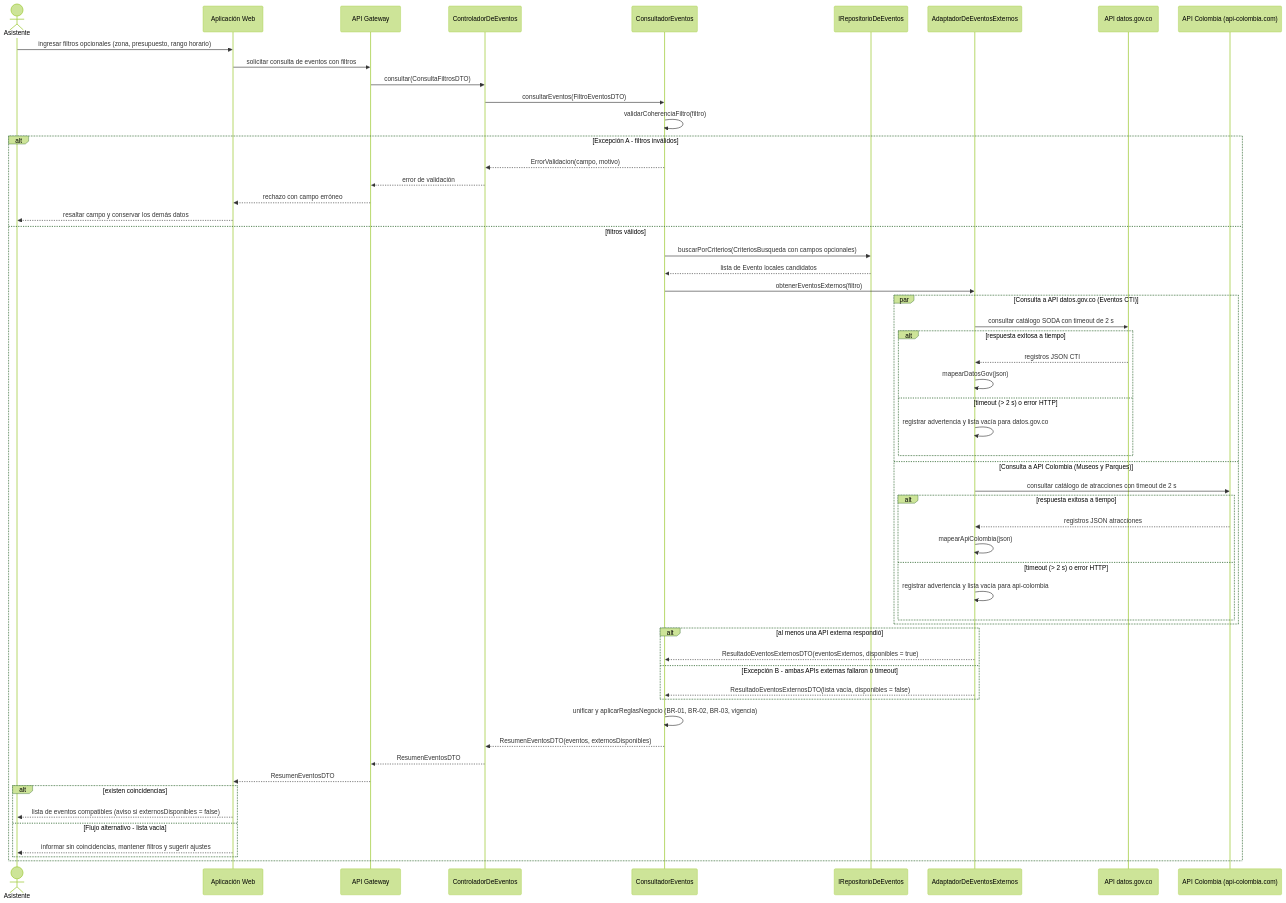
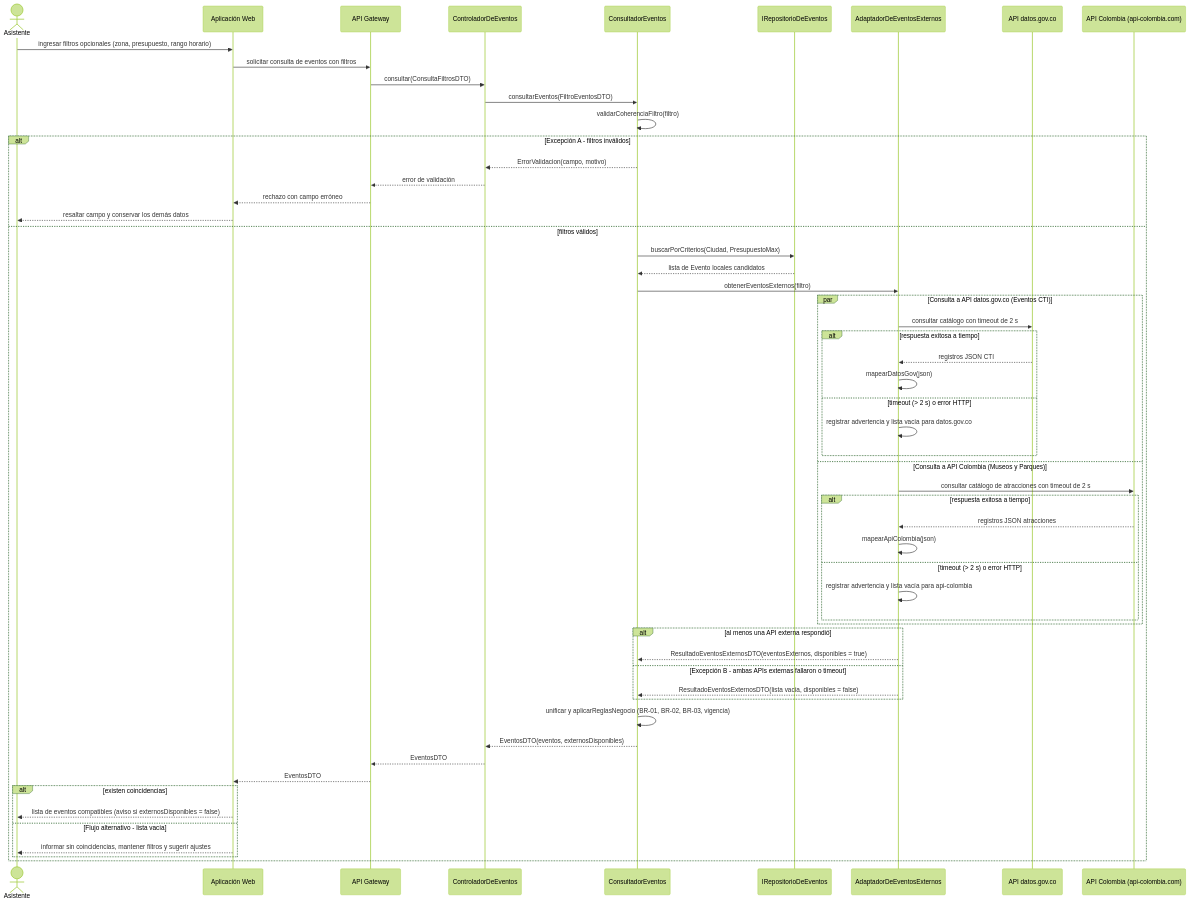
Before and after one commit to ProyectPlanning/Sistema_de_eventos: the first of 3 diagrams in Docs/Design/02_Interaction_and_Data_Design - copia.md, drawn with Mermaid (forest theme).

Commit message:
Cambios en diagrama secuencial
- [x]  Argumentos de buscarPorCriterios: buscarPorCriterios(ciudad: String, presupuestoMax: Float) : List<Evento>
- [x]  Quitar SODA en API gov.co
- [x]  Corregir ResumenEventosDTO a EventosDTO

````diff
--- a/Docs/Design/02_Interaction_and_Data_Design - copia.md
+++ b/Docs/Design/02_Interaction_and_Data_Design - copia.md
@@ -30,63 +30,63 @@
 ```mermaid
 sequenceDiagram
     actor U as Asistente
     participant WEB as Aplicación Web
     participant GW as API Gateway
     participant CE as ControladorDeEventos
     participant CO as ConsultadorEventos
     participant REP as IRepositorioDeEventos
     participant EXT as AdaptadorDeEventosExternos
     participant GOV as API datos.gov.co
     participant COL as API Colombia (api-colombia.com)
 
     U->>WEB: ingresar filtros opcionales (zona, presupuesto, rango horario)
     WEB->>GW: solicitar consulta de eventos con filtros
     GW->>CE: consultar(ConsultaFiltrosDTO)
     CE->>CO: consultarEventos(FiltroEventosDTO)
     CO->>CO: validarCoherenciaFiltro(filtro)
 
     alt Excepción A - filtros inválidos
         CO-->>CE: ErrorValidacion(campo, motivo)
         CE-->>GW: error de validación
         GW-->>WEB: rechazo con campo erróneo
         WEB-->>U: resaltar campo y conservar los demás datos
     else filtros válidos
-        CO->>REP: buscarPorCriterios(CriteriosBusqueda con campos opcionales)
+        CO->>REP: buscarPorCriterios(Ciudad, PresupuestoMax)
         REP-->>CO: lista de Evento locales candidatos
         CO->>EXT: obtenerEventosExternos(filtro)
 
         par Consulta a API datos.gov.co (Eventos CTI)
-            EXT->>GOV: consultar catálogo SODA con timeout de 2 s
+            EXT->>GOV: consultar catálogo con timeout de 2 s
             alt respuesta exitosa a tiempo
                 GOV-->>EXT: registros JSON CTI
                 EXT->>EXT: mapearDatosGov(json)
             else timeout (> 2 s) o error HTTP
                 EXT->>EXT: registrar advertencia y lista vacía para datos.gov.co
             end
         and Consulta a API Colombia (Museos y Parques)
             EXT->>COL: consultar catálogo de atracciones con timeout de 2 s
             alt respuesta exitosa a tiempo
                 COL-->>EXT: registros JSON atracciones
                 EXT->>EXT: mapearApiColombia(json)
             else timeout (> 2 s) o error HTTP
                 EXT->>EXT: registrar advertencia y lista vacía para api-colombia
             end
         end
 
         alt al menos una API externa respondió
             EXT-->>CO: ResultadoEventosExternosDTO(eventosExternos, disponibles = true)
         else Excepción B - ambas APIs externas fallaron o timeout
             EXT-->>CO: ResultadoEventosExternosDTO(lista vacía, disponibles = false)
         end
 
         CO->>CO: unificar y aplicarReglasNegocio (BR-01, BR-02, BR-03, vigencia)
-        CO-->>CE: ResumenEventosDTO(eventos, externosDisponibles)
-        CE-->>GW: ResumenEventosDTO
-        GW-->>WEB: ResumenEventosDTO
+        CO-->>CE: EventosDTO(eventos, externosDisponibles)
+        CE-->>GW: EventosDTO
+        GW-->>WEB: EventosDTO
         alt existen coincidencias
             WEB-->>U: lista de eventos compatibles (aviso si externosDisponibles = false)
         else Flujo alternativo - lista vacía
             WEB-->>U: informar sin coincidencias, mantener filtros y sugerir ajustes
         end
     end
 ```
````
